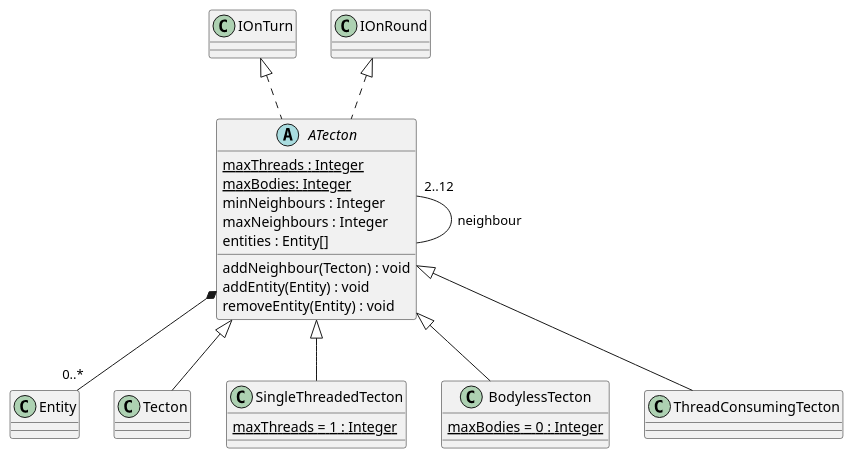
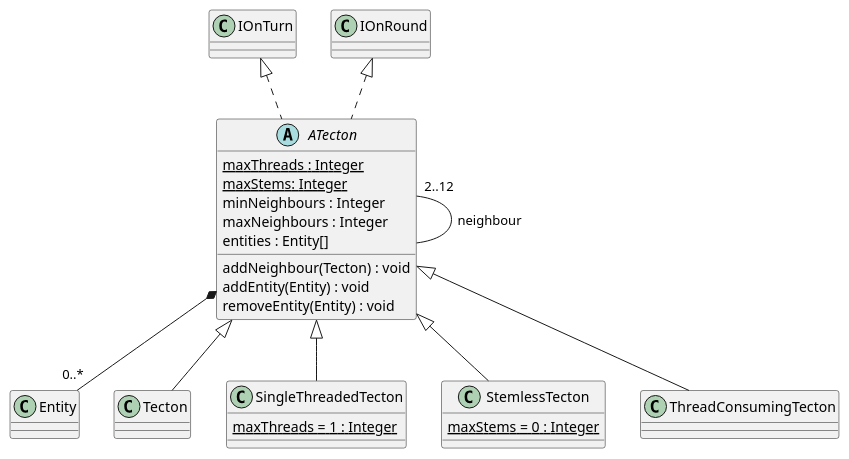
The diagram in 3/classes/tecton.puml (Petya-G/fungorium), drawn with PlantUML before and after one commit.

Commit message:
renamed tecton

```diff
--- a/3/classes/tecton.puml
+++ b/3/classes/tecton.puml
@@ -1,46 +1,46 @@
 @startuml tecton
   ATecton "2..12" -- ATecton : neighbour
   'ATecton o-- "0..*" Insect
   'ATecton *-- "0..*" Spore
   IOnTurn<|.. ATecton 
   IOnRound <|.. ATecton 
   ATecton *-- "0..*" Entity
   abstract class ATecton {
     {static} maxThreads : Integer
-    {static} maxBodies: Integer
+    {static} maxStems: Integer
     minNeighbours : Integer
     maxNeighbours : Integer
     entities : Entity[]
 
     addNeighbour(Tecton) : void
     addEntity(Entity) : void
     removeEntity(Entity) : void
   }
 
   'Tecton *-- "0..1" MushroomStem 
   'Tecton *-- "0..*" MushroomThread
   
   ATecton <|-- Tecton
   class Tecton {
   }
 
   'SingleThreadedTecton *-- "0..1" MushroomStem
   'SingleThreadedTecton "2" *-- "0..1" MushroomThread
   ATecton <|-- SingleThreadedTecton
   class SingleThreadedTecton {
     {static} maxThreads = 1 : Integer
   }
 
 
   'BodylessTecton "2" *-- "0..*" MushroomThread
-  ATecton <|-- BodylessTecton
-  class BodylessTecton {
-    {static} maxBodies = 0 : Integer
+  ATecton <|-- StemlessTecton
+  class StemlessTecton {
+    {static} maxStems = 0 : Integer
   }
 
   ' ThreadConsumingTecton *-- "0..1" MushroomStem
   'ThreadConsumingTecton "2" *-- "0..*" MushroomThread
   ATecton <|-- ThreadConsumingTecton
   class ThreadConsumingTecton {
   }
 @enduml
```
